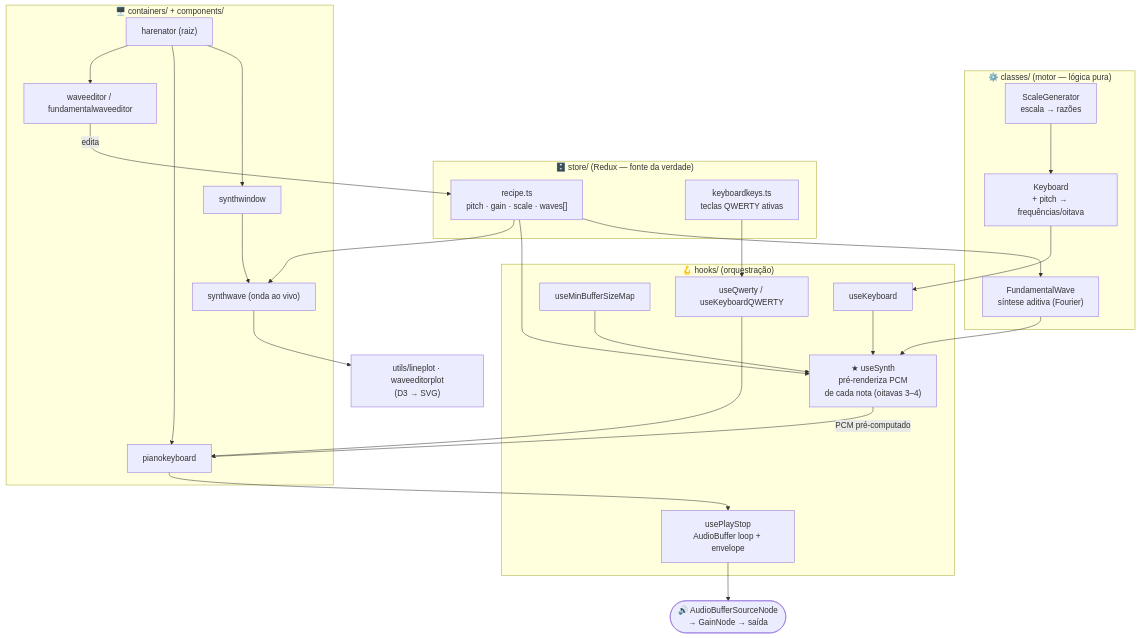
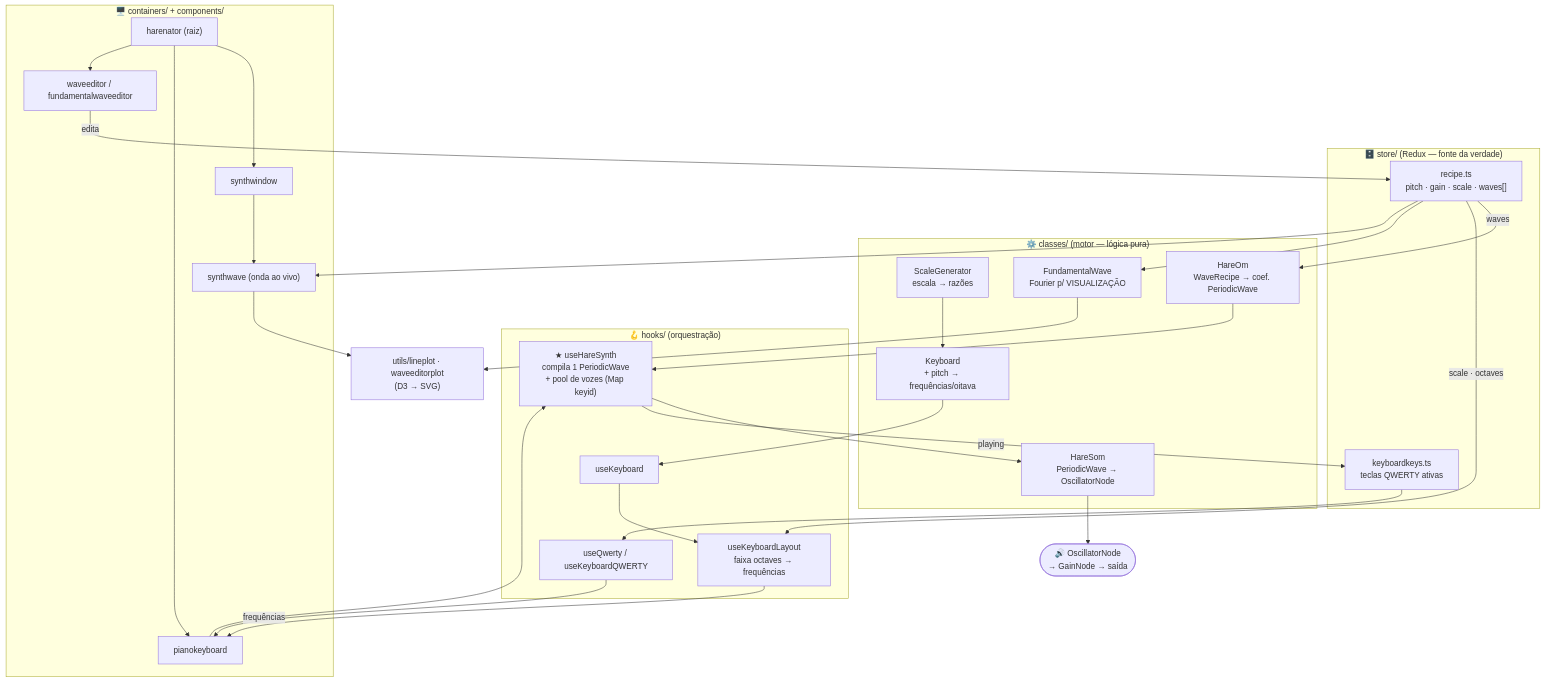
The first of 2 diagrams in docs/arquitetura.md (k-lila/react_synth), drawn with Mermaid before and after one commit. The commit also changed other lines of this file and 9 other files, not shown here.

````diff
--- a/docs/arquitetura.md
+++ b/docs/arquitetura.md
@@ -88,54 +90,58 @@
 ```mermaid
 flowchart TD
     subgraph STORE["🗄️ store/ (Redux — fonte da verdade)"]
         recipe["recipe.ts<br/>pitch · gain · scale · waves[]"]
         keys["keyboardkeys.ts<br/>teclas QWERTY ativas"]
     end
 
     subgraph CLASSES["⚙️ classes/ (motor — lógica pura)"]
         scale["ScaleGenerator<br/>escala → razões"]
         kbd["Keyboard<br/>+ pitch → frequências/oitava"]
-        fw["FundamentalWave<br/>síntese aditiva (Fourier)"]
+        hareom["HareOm<br/>WaveRecipe → coef. PeriodicWave"]
+        haresom["HareSom<br/>PeriodicWave → OscillatorNode"]
+        fw["FundamentalWave<br/>Fourier p/ VISUALIZAÇÃO"]
         scale --> kbd
     end
 
     subgraph HOOKS["🪝 hooks/ (orquestração)"]
         useKeyboard["useKeyboard"]
-        useMinBuf["useMinBufferSizeMap"]
-        useSynth["★ useSynth<br/>pré-renderiza PCM<br/>de cada nota (oitavas 3–4)"]
-        usePlayStop["usePlayStop<br/>AudioBuffer loop + envelope"]
+        useLayout["useKeyboardLayout<br/>faixa octaves → frequências"]
+        useHareSynth["★ useHareSynth<br/>compila 1 PeriodicWave<br/>+ pool de vozes (Map keyid)"]
         useQwerty["useQwerty / useKeyboardQWERTY"]
     end
 
     subgraph UI["🖥️ containers/ + components/"]
         harenator["harenator (raiz)"]
         synthwindow["synthwindow"]
         synthwave["synthwave (onda ao vivo)"]
         piano["pianokeyboard"]
         editor["waveeditor / fundamentalwaveeditor"]
     end
 
     plot["utils/lineplot · waveeditorplot<br/>(D3 → SVG)"]
-    audio(["🔊 AudioBufferSourceNode<br/>→ GainNode → saída"])
+    audio(["🔊 OscillatorNode<br/>→ GainNode → saída"])
 
-    recipe --> fw
+    recipe -->|waves| hareom
+    hareom --> useHareSynth
     kbd --> useKeyboard
-    useKeyboard --> useSynth
-    recipe --> useSynth
-    fw --> useSynth
-    useMinBuf --> useSynth
+    useKeyboard --> useLayout
+    recipe -->|scale · octaves| useLayout
+    useLayout -->|frequências| piano
 
-    useSynth -->|PCM pré-computado| piano
-    piano --> usePlayStop
-    usePlayStop --> audio
+    piano --> useHareSynth
+    useHareSynth --> haresom
+    haresom --> audio
 
     keys --> useQwerty
     useQwerty --> piano
+    useHareSynth -->|playing| keys
 
+    recipe --> fw
+    fw --> plot
     recipe --> synthwave
     synthwave --> plot
     editor -->|edita| recipe
 
     harenator --> synthwindow & piano & editor
     synthwindow --> synthwave
 ```
````
